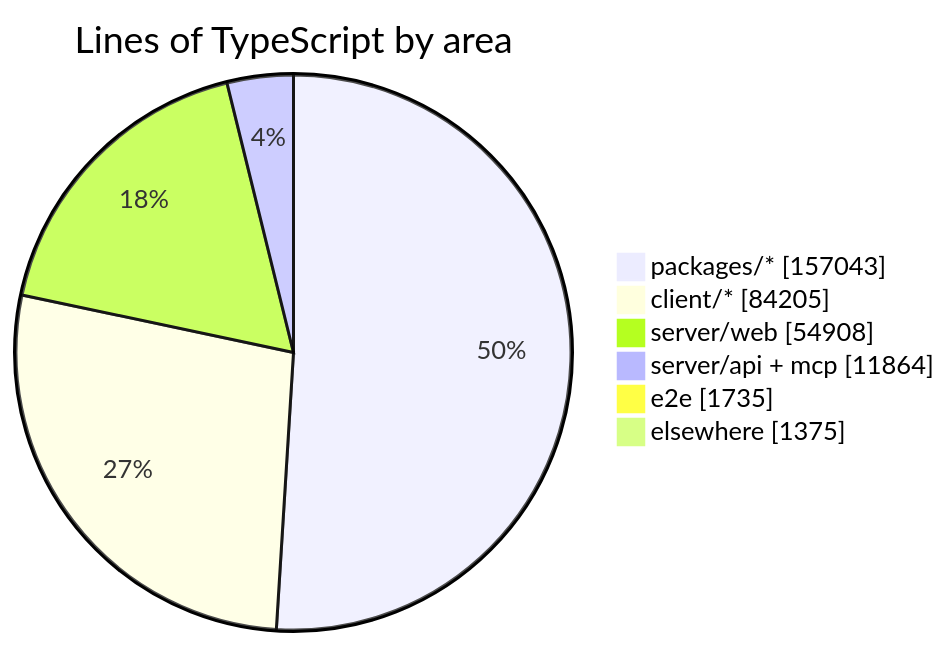
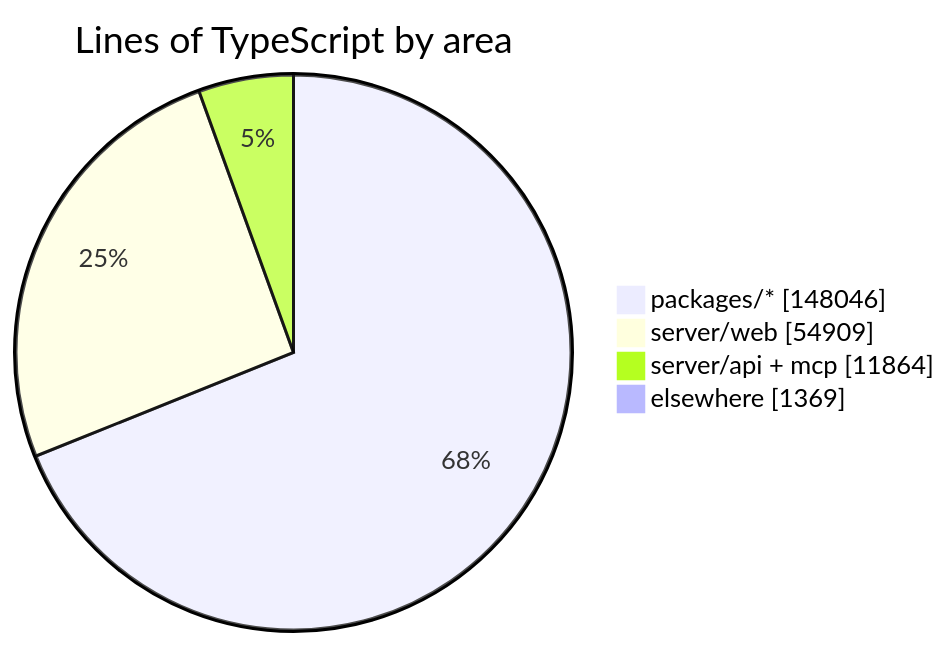
One commit to crossworks-engineering/mantle changed the diagram in README.md. Above: the diagram before and after it, drawn with Mermaid. The commit also changed other lines of this file and 2 other files, not shown here.

````diff
--- a/README.md
+++ b/README.md
@@ -279,9 +279,7 @@
 ```mermaid
 pie showData title Lines of TypeScript by area
-    "packages/*" : 157043
-    "client/*" : 84205
-    "server/web" : 54908
+    "packages/*" : 148046
+    "server/web" : 54909
     "server/api + mcp" : 11864
-    "e2e" : 1735
-    "elsewhere" : 1375
+    "elsewhere" : 1369
 ```
````
